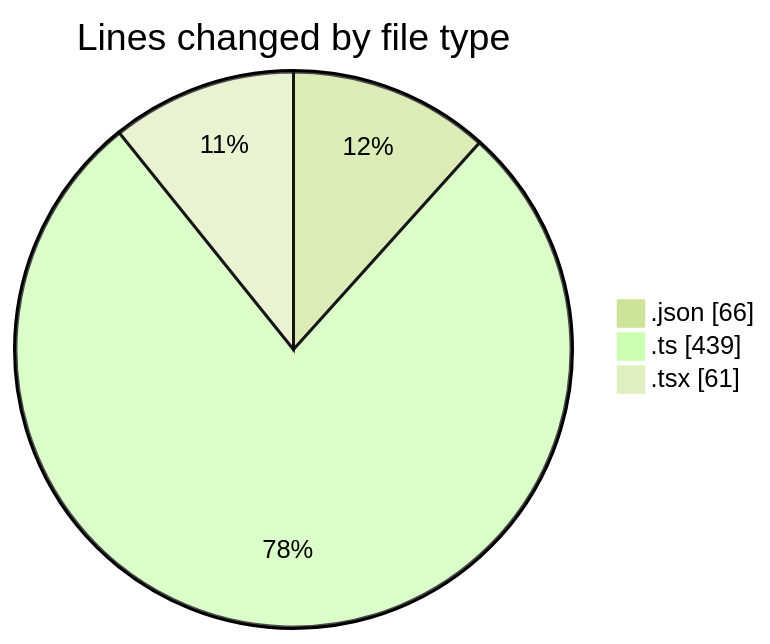
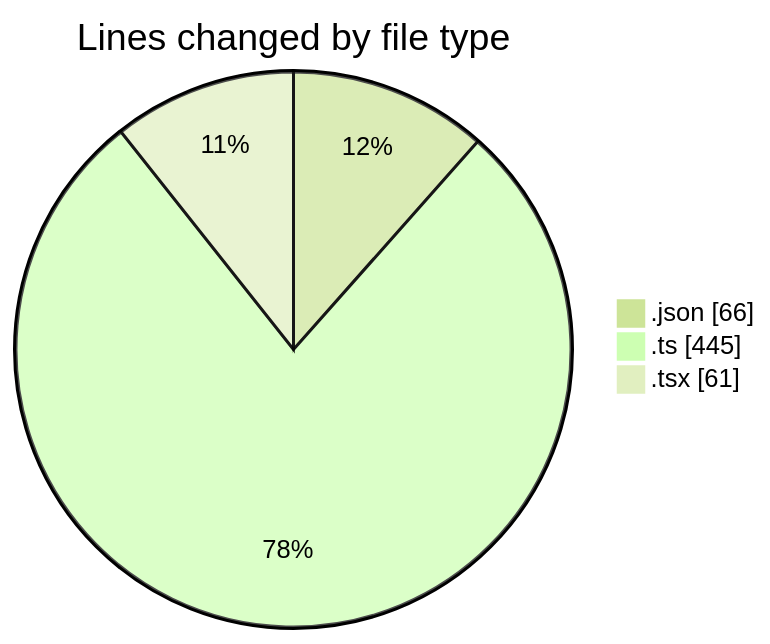
Before and after one commit to momahboobian/code-tracking: the first of 2 diagrams in 2025-05-09/cda/README.md, drawn with Mermaid (forest theme). The commit also changed other lines of this file and 1 other file, not shown here.

````diff
--- a/2025-05-09/cda/README.md
+++ b/2025-05-09/cda/README.md
@@ -23,7 +23,7 @@
 ```mermaid
 pie showData
 title Lines changed by file type
 ".json" : 66
-".ts" : 439
+".ts" : 445
 ".tsx" : 61
 ```
````
